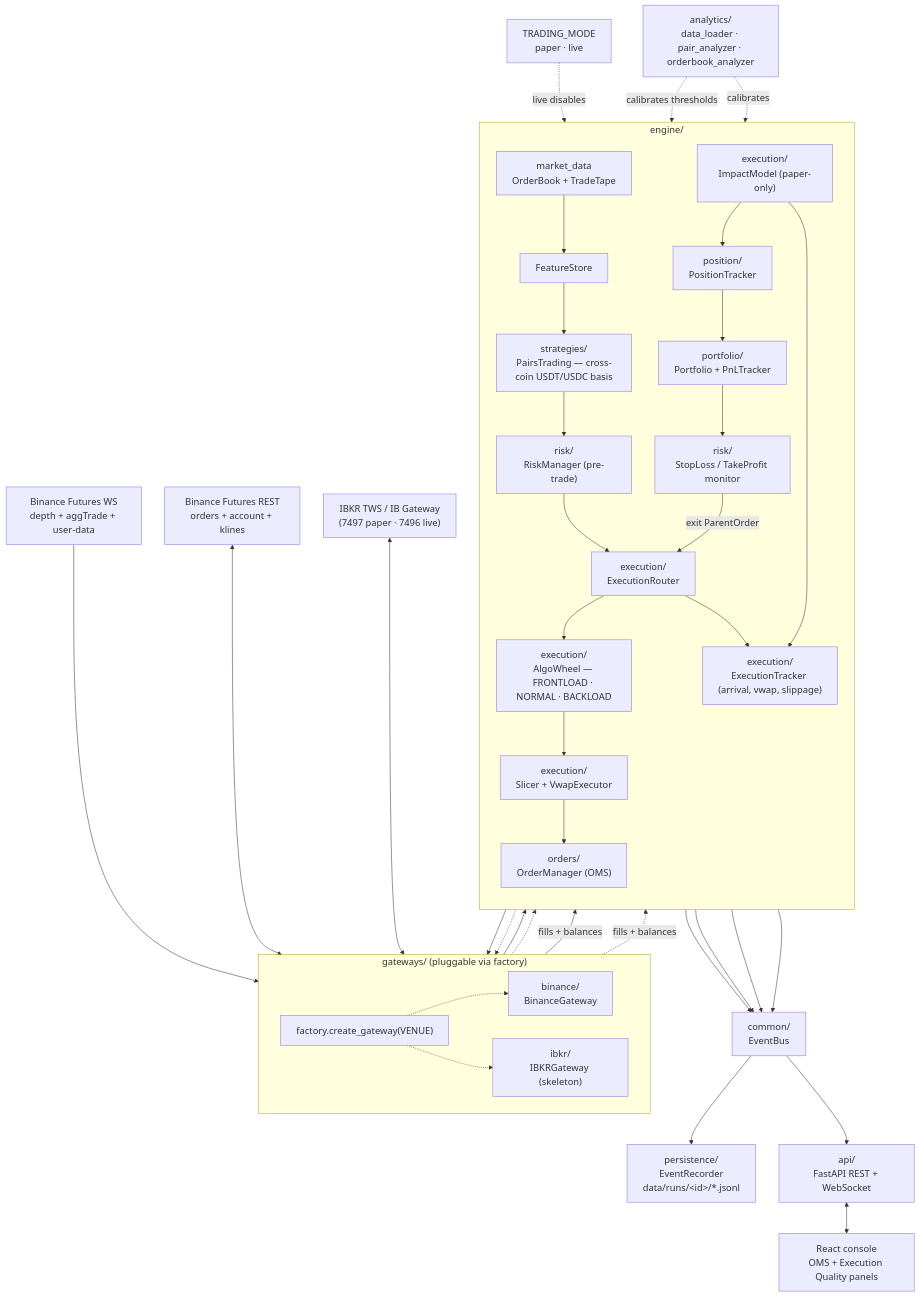
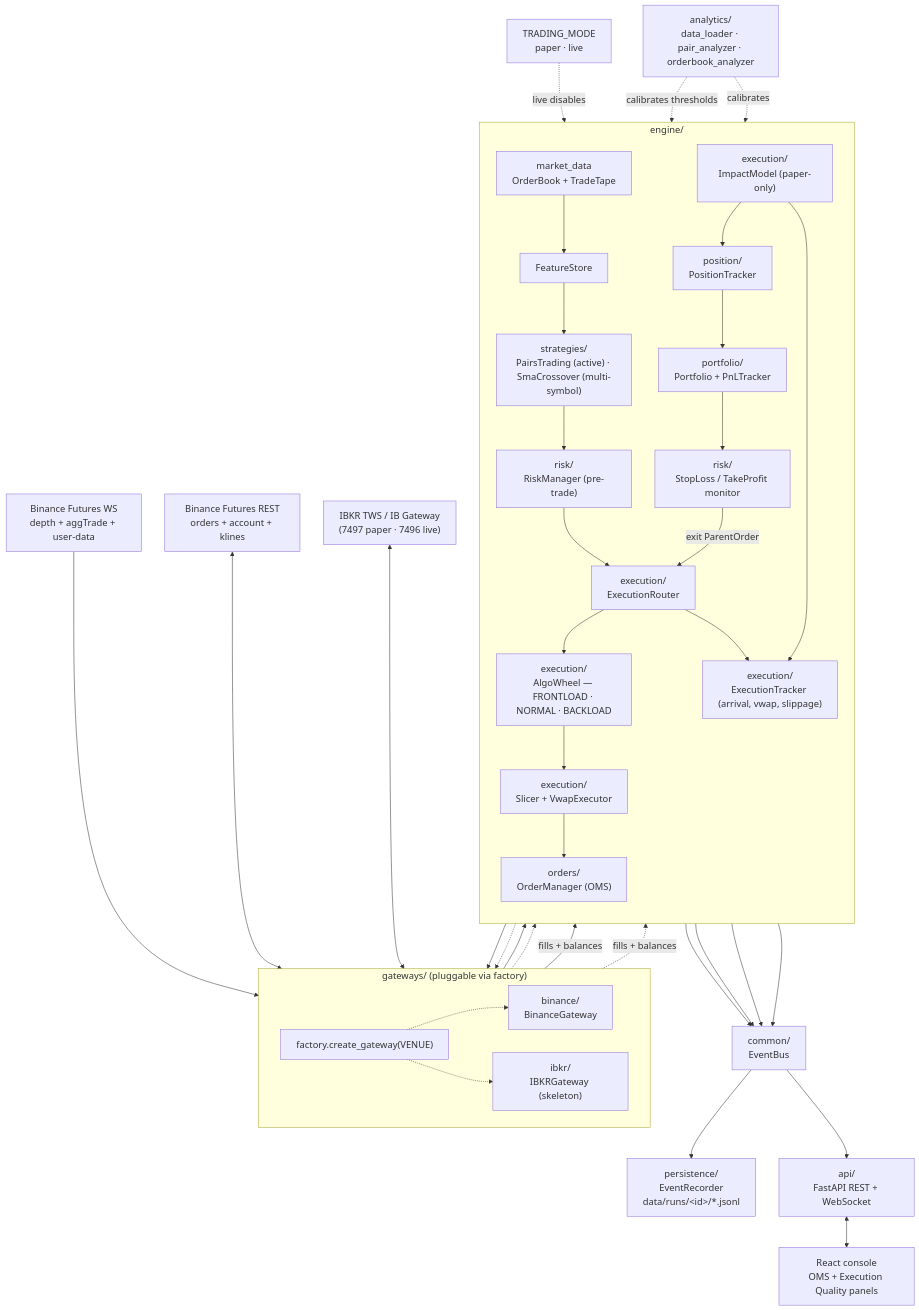
The first of 2 diagrams in backend/README.md (Zendragon98/algo-trading-hub), drawn with Mermaid before and after one commit. The commit also changed other lines of this file and 80 other files, not shown here.

````diff
--- a/backend/README.md
+++ b/backend/README.md
@@ -7,69 +9,69 @@
 ```mermaid
 %%{init: {"flowchart": {"useMaxWidth": false, "htmlLabels": true, "nodeSpacing": 45, "rankSpacing": 60}, "themeVariables": {"fontSize": "18px"}}}%%
 flowchart TB
     BinanceWs["Binance Futures WS<br/>depth + aggTrade + user-data"]
     BinanceRest["Binance Futures REST<br/>orders + account + klines"]
     IbkrTws["IBKR TWS / IB Gateway<br/>(7497 paper · 7496 live)"]
 
     subgraph gw ["gateways/ (pluggable via factory)"]
         direction LR
         Factory["factory.create_gateway(VENUE)"]
         BinanceGw["binance/<br/>BinanceGateway"]
         IbkrGw["ibkr/<br/>IBKRGateway (skeleton)"]
         Factory -.-> BinanceGw
         Factory -.-> IbkrGw
     end
     BinanceWs --> BinanceGw
     BinanceRest <--> BinanceGw
     IbkrTws <--> IbkrGw
 
     subgraph eng ["engine/"]
         direction TB
         MarketData["market_data<br/>OrderBook + TradeTape"]
         Features["FeatureStore"]
-        Strategy["strategies/<br/>PairsTrading — cross-coin USDT/USDC basis"]
+        Strategy["strategies/<br/>PairsTrading (active) · SmaCrossover (multi-symbol)"]
         Risk["risk/<br/>RiskManager (pre-trade)"]
         Router["execution/<br/>ExecutionRouter"]
         Wheel["execution/<br/>AlgoWheel — FRONTLOAD · NORMAL · BACKLOAD"]
         Slicer["execution/<br/>Slicer + VwapExecutor"]
         OrderMgr["orders/<br/>OrderManager (OMS)"]
         Tracker["execution/<br/>ExecutionTracker (arrival, vwap, slippage)"]
         Impact["execution/<br/>ImpactModel (paper-only)"]
         Position["position/<br/>PositionTracker"]
         Portfolio["portfolio/<br/>Portfolio + PnLTracker"]
         RiskMon["risk/<br/>StopLoss / TakeProfit monitor"]
 
         MarketData --> Features --> Strategy --> Risk --> Router
         Router --> Wheel --> Slicer --> OrderMgr
         Router --> Tracker
         Impact --> Position --> Portfolio --> RiskMon
         Impact --> Tracker
         RiskMon -->|exit ParentOrder| Router
     end
 
     BinanceGw --> MarketData
     IbkrGw -.-> MarketData
     OrderMgr --> BinanceGw
     OrderMgr -.-> IbkrGw
     BinanceGw -->|fills + balances| Impact
     IbkrGw -.->|fills + balances| Impact
 
     Mode["TRADING_MODE<br/>paper · live"] -.->|live disables| Impact
 
     Bus["common/<br/>EventBus"]
     Portfolio --> Bus
     OrderMgr --> Bus
     Tracker --> Bus
     MarketData --> Bus
 
     Recorder["persistence/<br/>EventRecorder<br/>data/runs/&lt;id&gt;/*.jsonl"]
     API["api/<br/>FastAPI REST + WebSocket"]
     FE["React console<br/>OMS + Execution Quality panels"]
     Bus --> Recorder
     Bus --> API
     API <--> FE
 
     Analytics["analytics/<br/>data_loader · pair_analyzer · orderbook_analyzer"]
     Analytics -.->|calibrates thresholds| Strategy
     Analytics -.->|calibrates| Wheel
 ```
````
